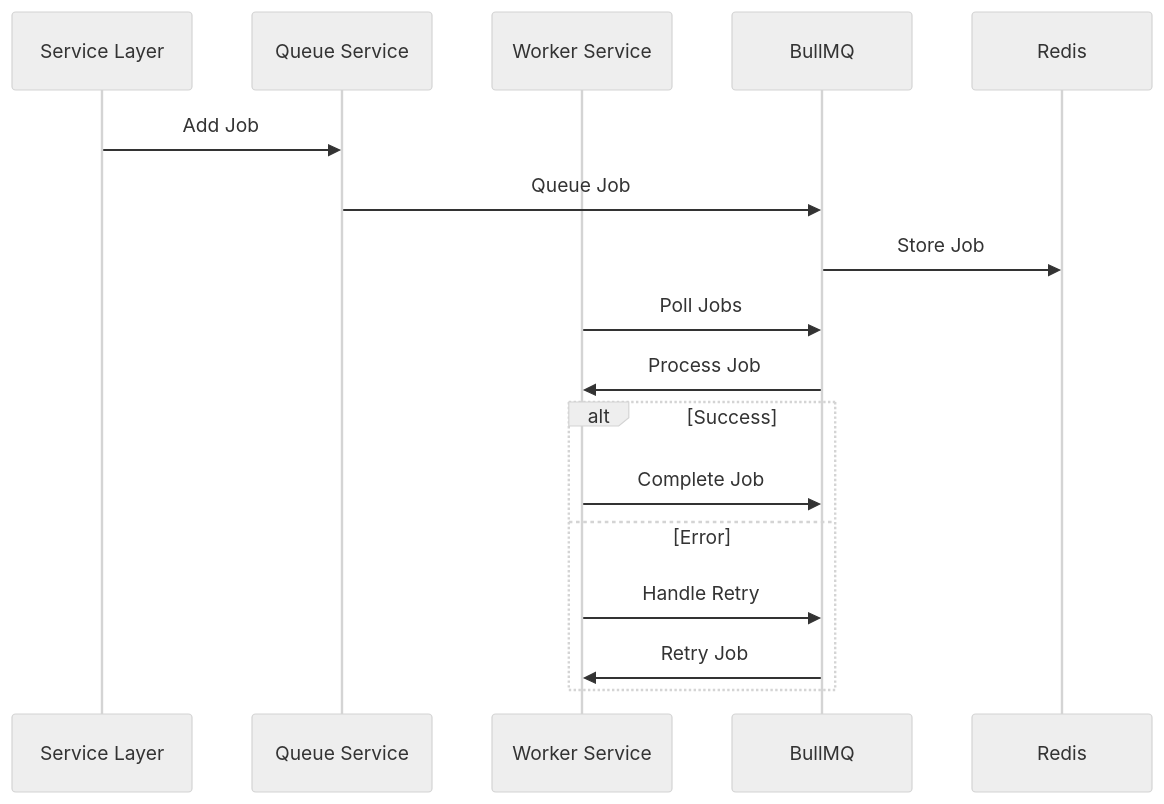
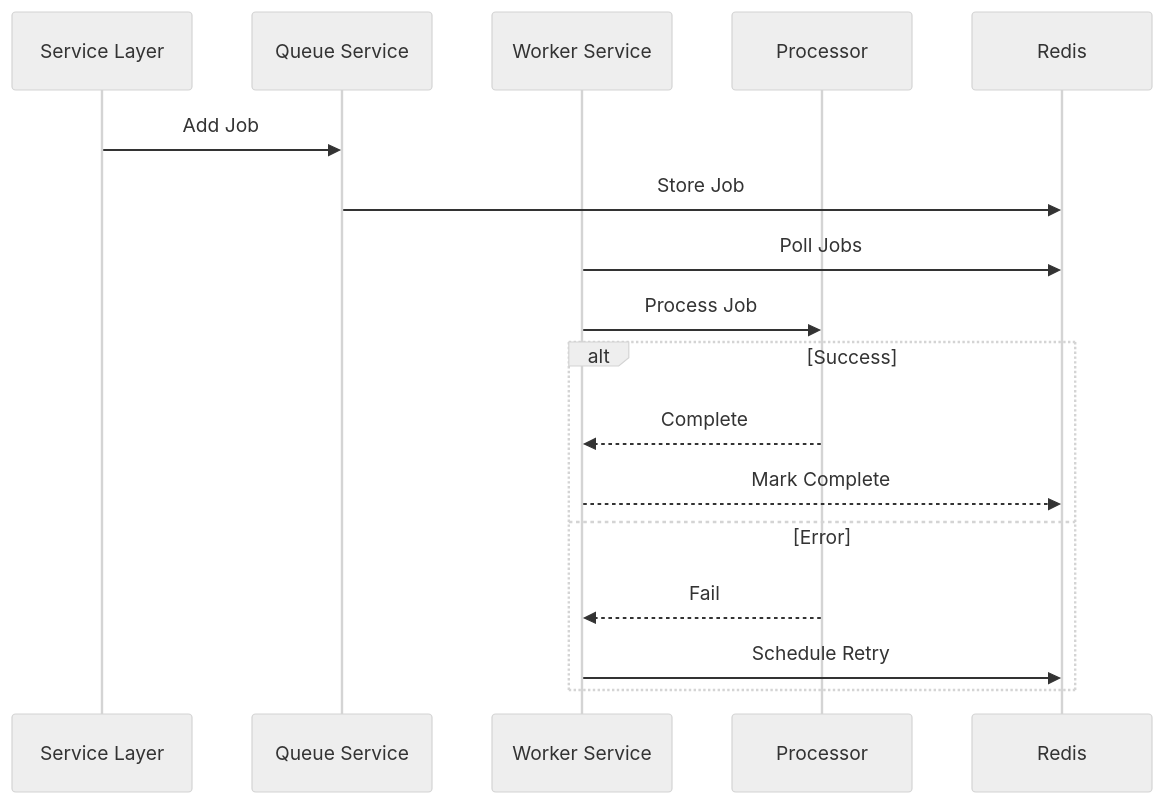
One commit to tonglam/letletme_data changed the fifth of 8 diagrams in documentation/design/Queue_Layer_Design.md. Above: the diagram before and after it, drawn with Mermaid (neutral theme). The commit also changed other lines of this file and 15 other files, not shown here.

````diff
--- a/documentation/design/Queue_Layer_Design.md
+++ b/documentation/design/Queue_Layer_Design.md
@@ -117,20 +152,20 @@
 ```mermaid
 sequenceDiagram
     participant S as Service Layer
     participant Q as Queue Service
     participant W as Worker Service
-    participant B as BullMQ
+    participant P as Processor
     participant R as Redis
 
     S->>Q: Add Job
-    Q->>B: Queue Job
-    B->>R: Store Job
-    W->>B: Poll Jobs
-    B->>W: Process Job
+    Q->>R: Store Job
+    W->>R: Poll Jobs
+    W->>P: Process Job
     alt Success
-        W->>B: Complete Job
+        P-->>W: Complete
+        W-->>R: Mark Complete
     else Error
-        W->>B: Handle Retry
-        B->>W: Retry Job
+        P-->>W: Fail
+        W->>R: Schedule Retry
     end
 ```
````
